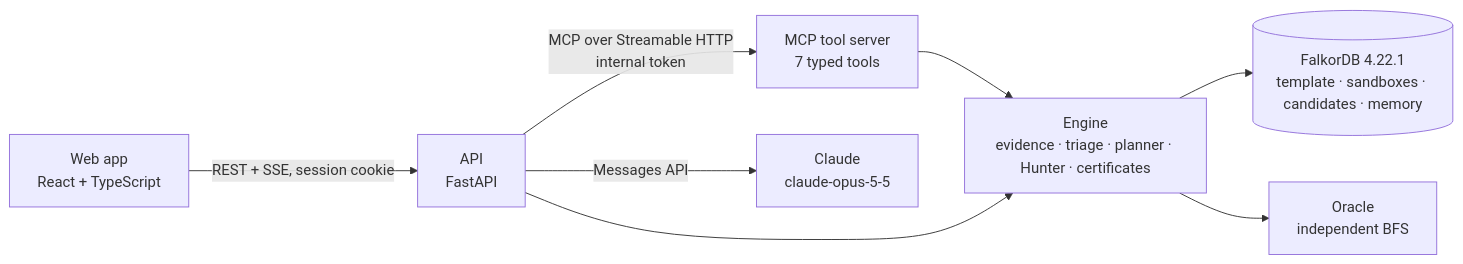
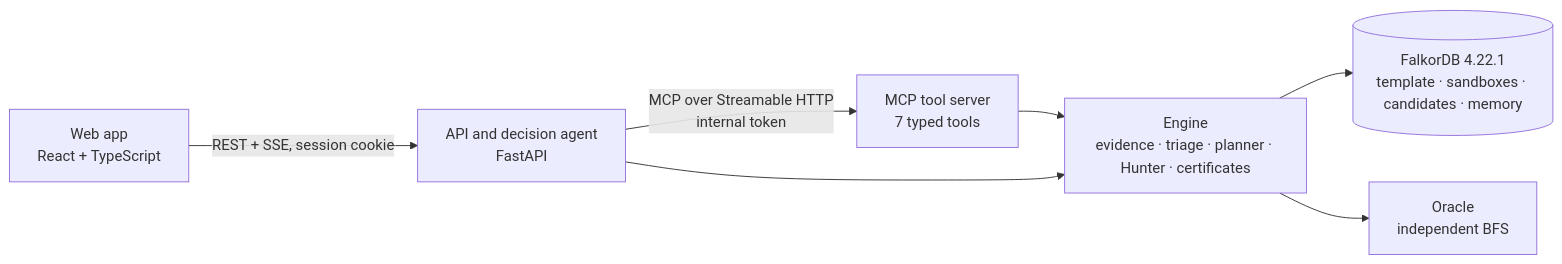
Before and after one commit to YashSoni998265/interdict: the diagram in README.md, drawn with Mermaid. The commit also changed other lines of this file and 50 other files, not shown here.

First line of the commit message:
feat(agent): a decision agent with no AI model replaces the Claude agent (#52)

````diff
--- a/README.md
+++ b/README.md
@@ -34,10 +34,9 @@
 ```mermaid
 flowchart LR
-    Browser[Web app<br/>React + TypeScript] -- REST + SSE, session cookie --> API[API<br/>FastAPI]
+    Browser[Web app<br/>React + TypeScript] -- REST + SSE, session cookie --> API[API and decision agent<br/>FastAPI]
     API -- MCP over Streamable HTTP<br/>internal token --> MCP[MCP tool server<br/>7 typed tools]
-    API -- Messages API --> Claude[Claude<br/>claude-opus-5-5]
     MCP --> Engine[Engine<br/>evidence · triage · planner · Hunter · certificates]
     API --> Engine
     Engine --> FDB[(FalkorDB 4.22.1<br/>template · sandboxes · candidates · memory)]
     Engine --> Oracle[Oracle<br/>independent BFS]
 ```
````
